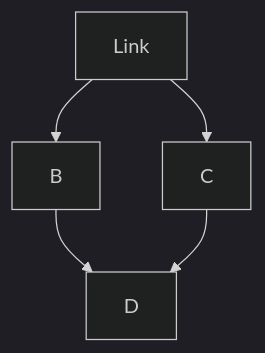
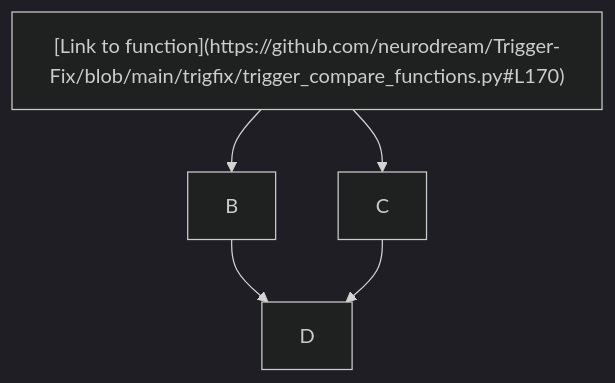
One commit to neuro-dream/Trigger-Fix changed the diagram in README.md. Above: the diagram before and after it, drawn with Mermaid (dark theme).

````diff
--- a/README.md
+++ b/README.md
@@ -30,8 +30,8 @@
 ```mermaid
 graph TD;
-    A["`Link`"]
+    A["`[Link to function](https://github.com/neurodream/Trigger-Fix/blob/main/trigfix/trigger_compare_functions.py#L170)`"]
     A-->B;
     A-->C;
     B-->D;
     C-->D;
 ```
````
